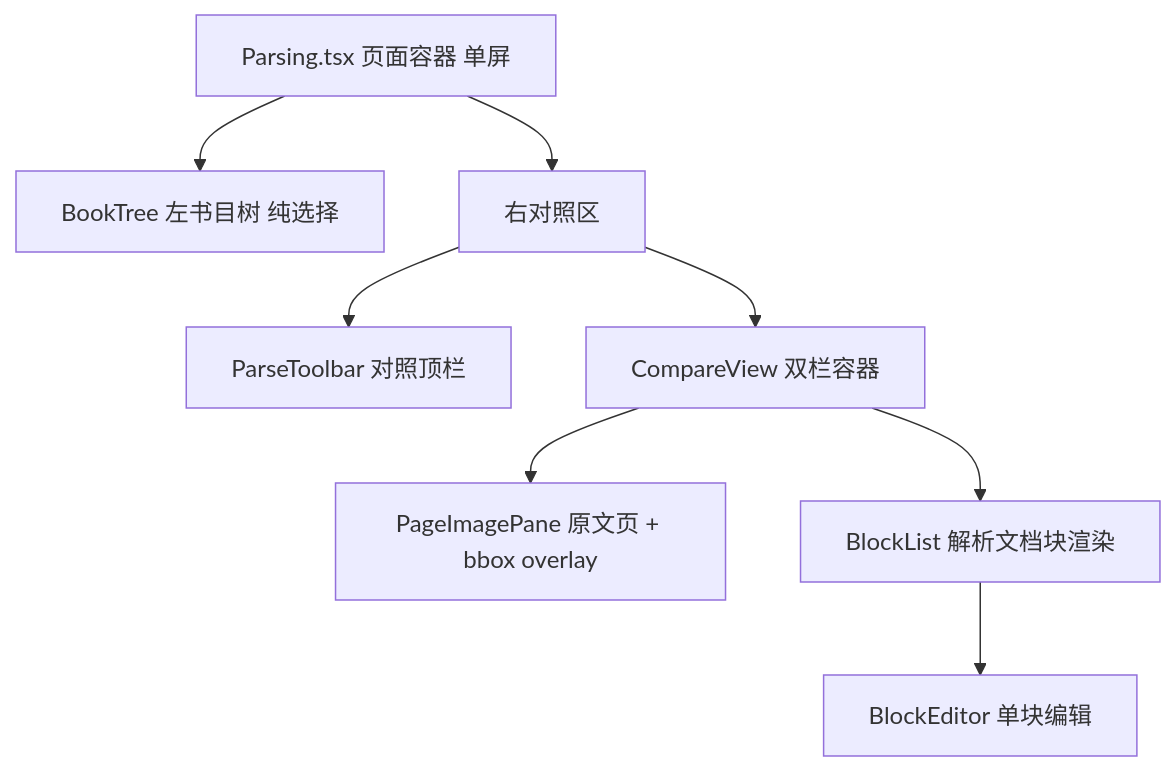
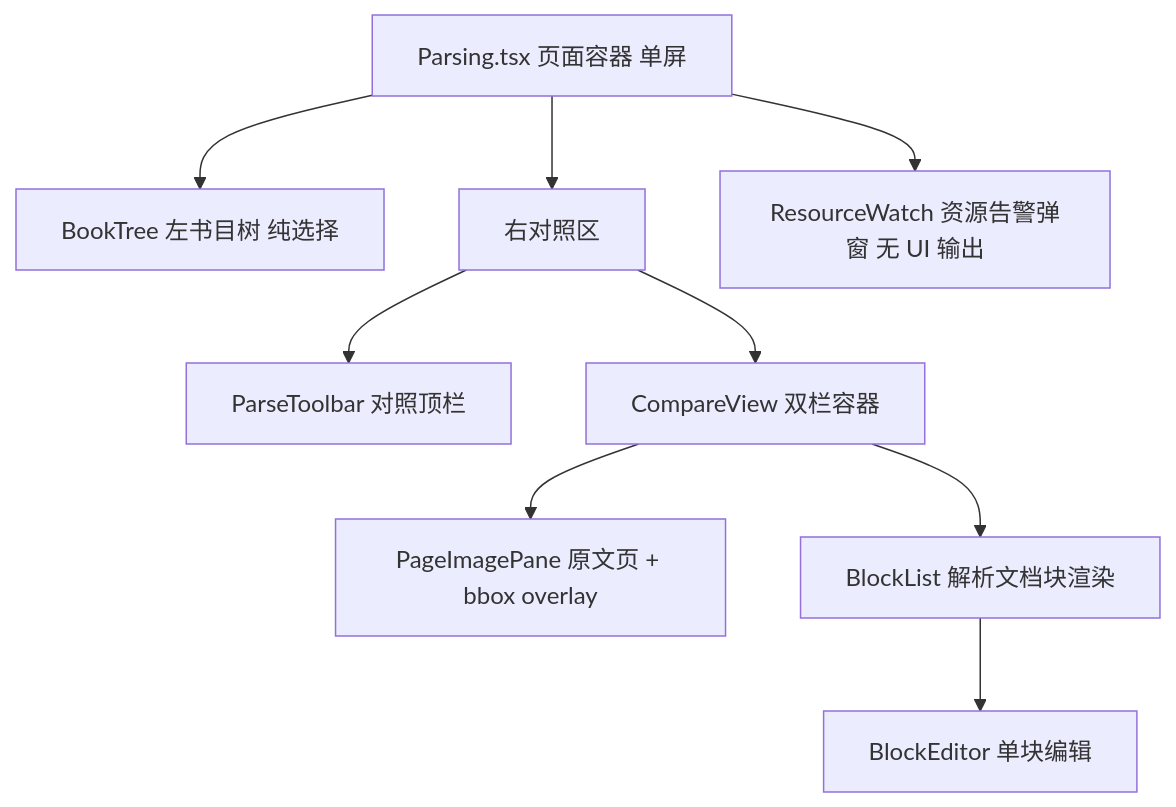
One commit to swfswf1234/QED-Engine changed the diagram in docs/design/parsing-ui.md. Above: the diagram before and after it, drawn with Mermaid. The commit also changed other lines of this file and 28 other files, not shown here.

Commit message:
docs(design): ARCH-029 设计文档结构契约轮收口——ADR 0017 统一 design/ 六篇骨架与事实源唯一铁律（parsing-flow §5 af_* DDL/§6 8902 端点表删除、全仓引用改指；PLAN-044 晋升 parsing-flow.md 壳归档 rename；规范正文落 doc-governance「设计文档结构契约」节；todo/completed/plans-index/roadmap/project-status 台账同步 + BUGFIX-013~015 登记；契约 58 + 全量 529 绿，5 红归并行 ARCH-028 基线）

````diff
--- a/docs/design/parsing-ui.md
+++ b/docs/design/parsing-ui.md
@@ -36,10 +56,11 @@
 ```mermaid
 flowchart TD
     P[Parsing.tsx 页面容器 单屏] --> BT[BookTree 左书目树 纯选择]
     P --> C[右对照区]
+    P --> RW[ResourceWatch 资源告警弹窗 无 UI 输出]
     C --> TB[ParseToolbar 对照顶栏]
     C --> CV[CompareView 双栏容器]
     CV --> PI[PageImagePane 原文页 + bbox overlay]
     CV --> BL[BlockList 解析文档块渲染]
     BL --> BE[BlockEditor 单块编辑]
 ```
````
